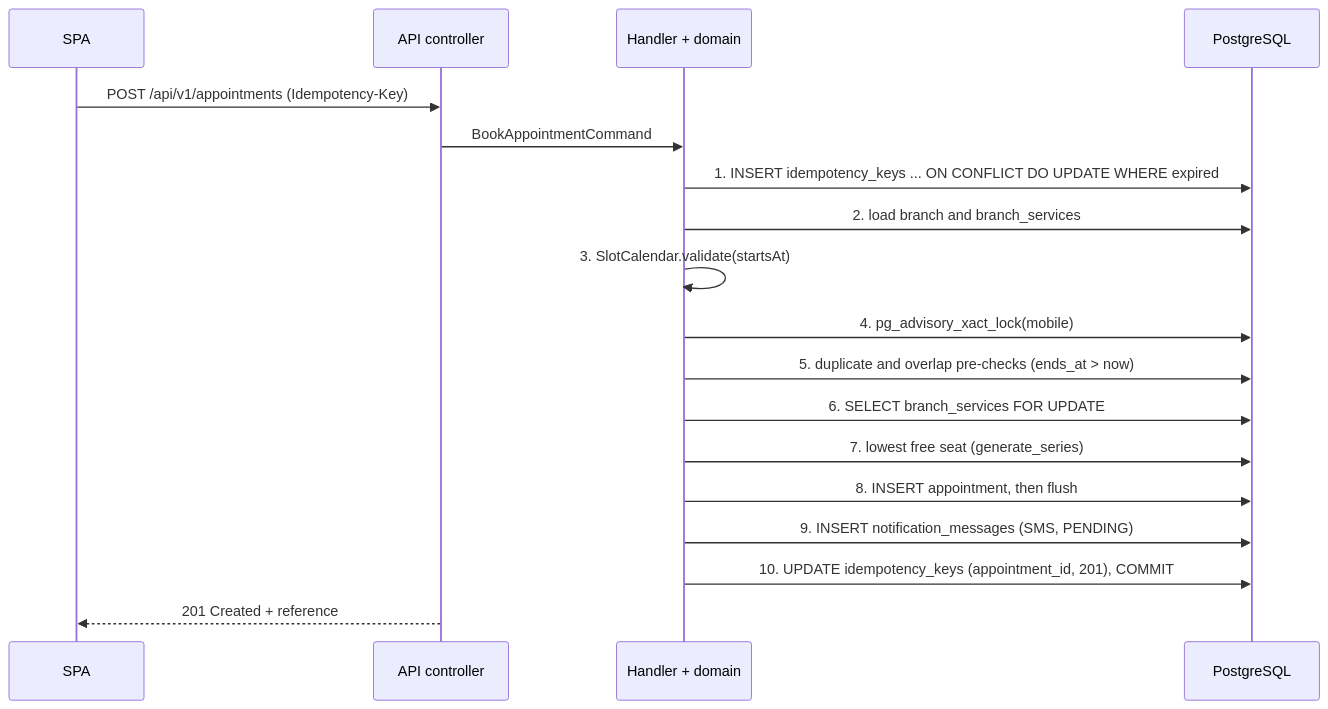
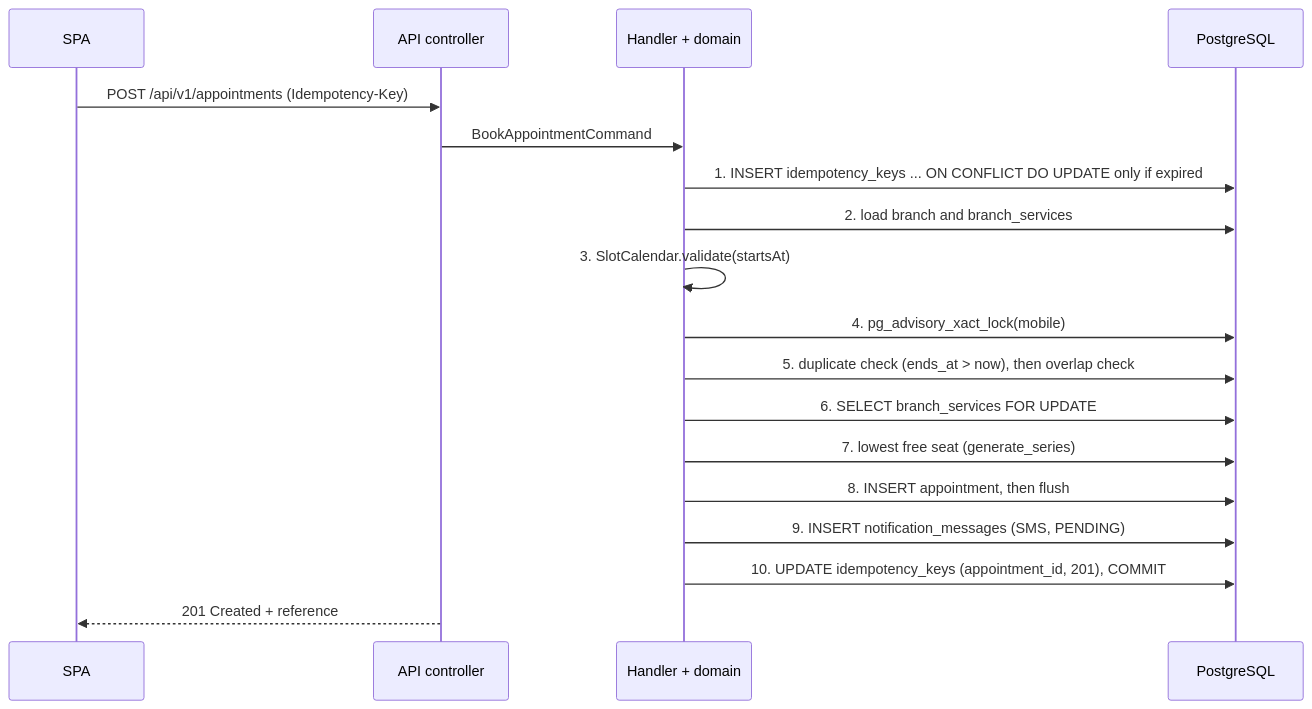
The third of 5 diagrams in docs/architecture.md (KatlehoKomeke/Appointment-Booking-System), drawn with Mermaid before and after one commit. The commit also changed other lines of this file, not shown here.

First line of the commit message:
docs(architecture): show the system, the request, the modules and the schema

````diff
--- a/docs/architecture.md
+++ b/docs/architecture.md
@@ -83,20 +166,20 @@
 ```mermaid
 sequenceDiagram
     participant SPA
     participant API as API controller
     participant H as Handler + domain
     participant DB as PostgreSQL
     SPA->>API: POST /api/v1/appointments (Idempotency-Key)
     API->>H: BookAppointmentCommand
-    H->>DB: 1. INSERT idempotency_keys ... ON CONFLICT DO UPDATE WHERE expired
+    H->>DB: 1. INSERT idempotency_keys ... ON CONFLICT DO UPDATE only if expired
     H->>DB: 2. load branch and branch_services
     H->>H: 3. SlotCalendar.validate(startsAt)
     H->>DB: 4. pg_advisory_xact_lock(mobile)
-    H->>DB: 5. duplicate and overlap pre-checks (ends_at > now)
+    H->>DB: 5. duplicate check (ends_at > now), then overlap check
     H->>DB: 6. SELECT branch_services FOR UPDATE
     H->>DB: 7. lowest free seat (generate_series)
     H->>DB: 8. INSERT appointment, then flush
     H->>DB: 9. INSERT notification_messages (SMS, PENDING)
     H->>DB: 10. UPDATE idempotency_keys (appointment_id, 201), COMMIT
     API-->>SPA: 201 Created + reference
 ```
````
